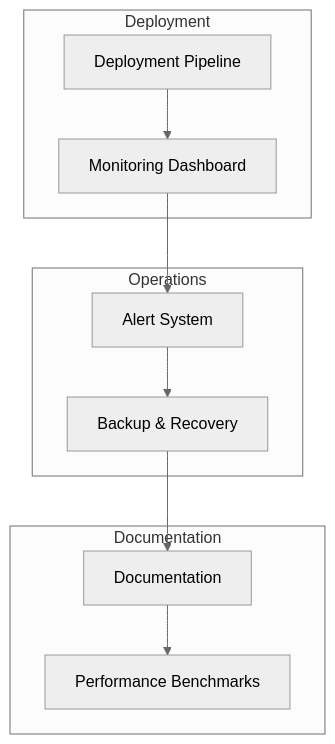
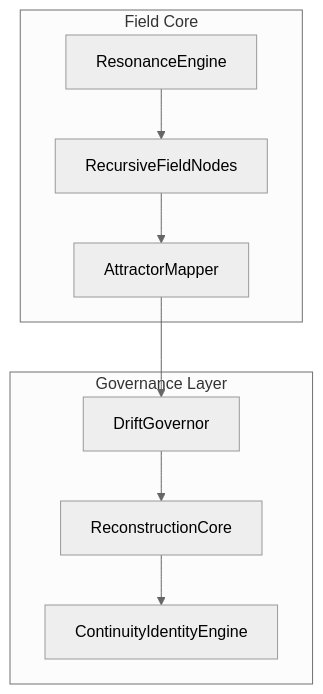
The tenth of 10 diagrams in system-arch/03-srra-topology.md (dabiggestpoppa/larger-lab), drawn with Mermaid (neutral theme) before and after one commit. The commit also changed other lines of this file and 2 other files, not shown here.

Commit message:
docs: Update Phase 9 documentation - Sovereign Field Emergence
- CODEMAP.md: Added Phase 9 Sovereign Field Emergence section with 6 core modules
- system-arch/03-srra-topology.md: Updated Phase 9 diagram from Post-Deployment to Sovereign Field Emergence
- workspace-state.md: Updated test status and change log

````diff
--- a/system-arch/03-srra-topology.md
+++ b/system-arch/03-srra-topology.md
@@ -309,23 +309,20 @@
 ```mermaid
 graph TB
-    subgraph "Deployment"
-        DP[Deployment Pipeline]
-        MD[Monitoring Dashboard]
+    subgraph "Field Core"
+        RE[ResonanceEngine]
+        RFN[RecursiveFieldNodes]
+        AM[AttractorMapper]
     end
 
-    subgraph "Operations"
-        AS[Alert System]
-        BR[Backup & Recovery]
+    subgraph "Governance Layer"
+        DG[DriftGovernor]
+        RC[ReconstructionCore]
+        CIE[ContinuityIdentityEngine]
     end
 
-    subgraph "Documentation"
-        DOC[Documentation]
-        PB[Performance Benchmarks]
-    end
-
-    DP --> MD
-    MD --> AS
-    AS --> BR
-    BR --> DOC
-    DOC --> PB
+    RE --> RFN
+    RFN --> AM
+    AM --> DG
+    DG --> RC
+    RC --> CIE
 ```
````
